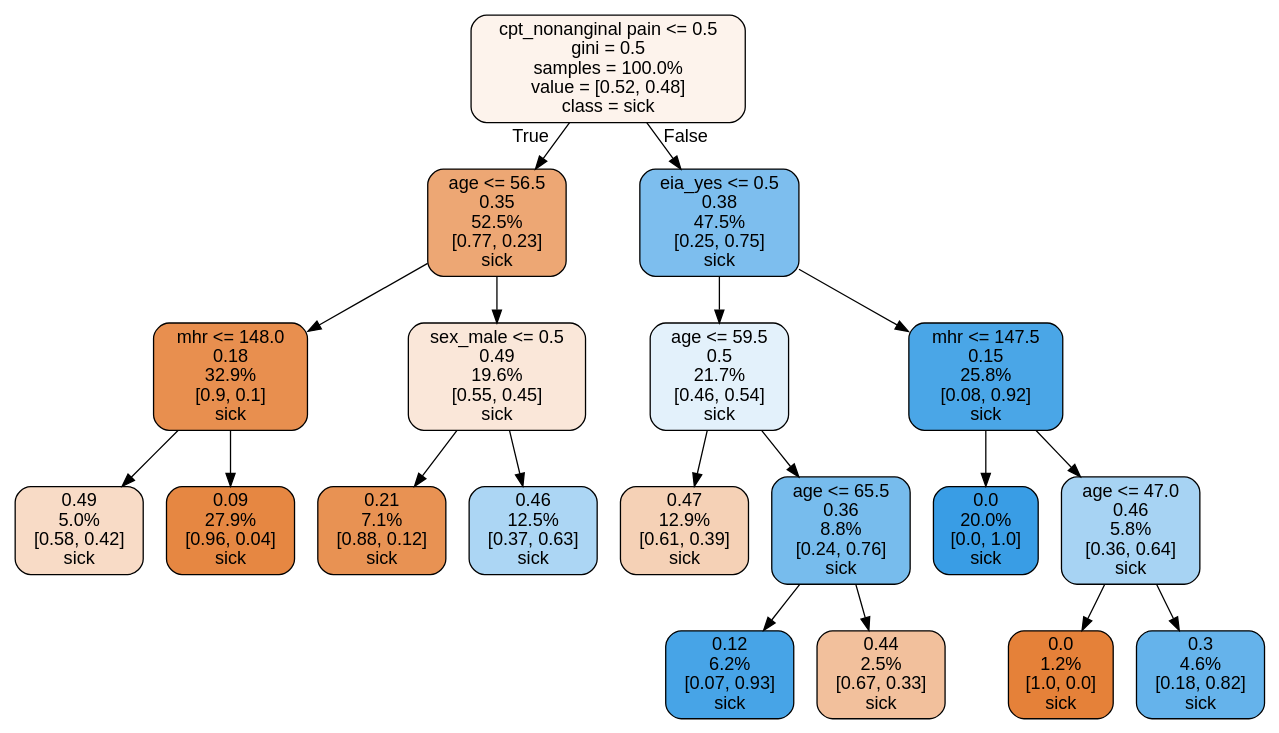
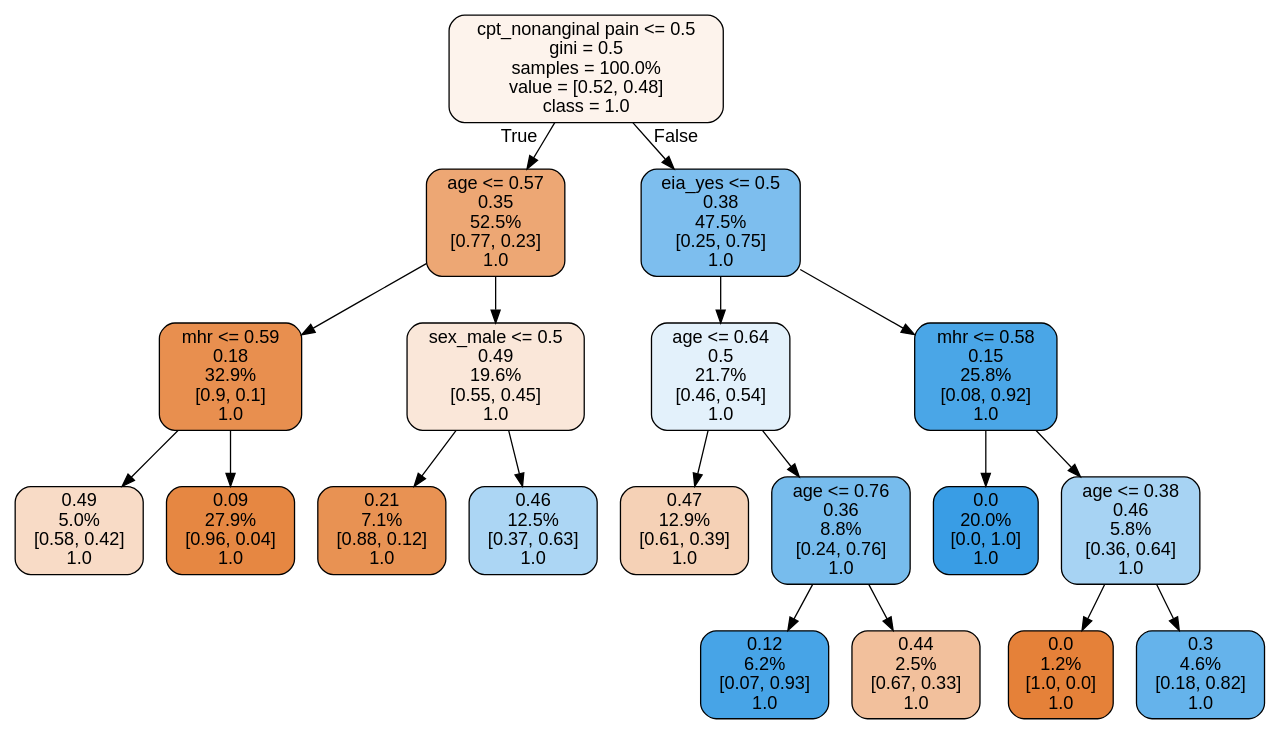
One commit to ma6068/SU changed the diagram in dot/decision_tree.dot. Above: the diagram before and after it, drawn with Graphviz. The commit also changed 65 other files, not shown here.

```diff
--- a/dot/decision_tree.dot
+++ b/dot/decision_tree.dot
@@ -1,41 +1,41 @@
 digraph Tree {
 node [shape=box, style="filled, rounded", color="black", fontname="helvetica"] ;
 edge [fontname="helvetica"] ;
-0 [label="cpt_nonanginal pain <= 0.5\ngini = 0.5\nsamples = 100.0%\nvalue = [0.52, 0.48]\nclass = sick", fillcolor="#fdf3ec"] ;
-1 [label="age <= 56.5\n0.35\n52.5%\n[0.77, 0.23]\nsick", fillcolor="#eda774"] ;
+0 [label="cpt_nonanginal pain <= 0.5\ngini = 0.5\nsamples = 100.0%\nvalue = [0.52, 0.48]\nclass = 1.0", fillcolor="#fdf3ec"] ;
+1 [label="age <= 0.57\n0.35\n52.5%\n[0.77, 0.23]\n1.0", fillcolor="#eda774"] ;
 0 -> 1 [labeldistance=2.5, labelangle=45, headlabel="True"] ;
-5 [label="mhr <= 148.0\n0.18\n32.9%\n[0.9, 0.1]\nsick", fillcolor="#e88f4f"] ;
+5 [label="mhr <= 0.59\n0.18\n32.9%\n[0.9, 0.1]\n1.0", fillcolor="#e88f4f"] ;
 1 -> 5 ;
-13 [label="0.49\n5.0%\n[0.58, 0.42]\nsick", fillcolor="#f8dbc6"] ;
+13 [label="0.49\n5.0%\n[0.58, 0.42]\n1.0", fillcolor="#f8dbc6"] ;
 5 -> 13 ;
-14 [label="0.09\n27.9%\n[0.96, 0.04]\nsick", fillcolor="#e68742"] ;
+14 [label="0.09\n27.9%\n[0.96, 0.04]\n1.0", fillcolor="#e68742"] ;
 5 -> 14 ;
-6 [label="sex_male <= 0.5\n0.49\n19.6%\n[0.55, 0.45]\nsick", fillcolor="#fae7d9"] ;
+6 [label="sex_male <= 0.5\n0.49\n19.6%\n[0.55, 0.45]\n1.0", fillcolor="#fae7d9"] ;
 1 -> 6 ;
-7 [label="0.21\n7.1%\n[0.88, 0.12]\nsick", fillcolor="#e89253"] ;
+7 [label="0.21\n7.1%\n[0.88, 0.12]\n1.0", fillcolor="#e89253"] ;
 6 -> 7 ;
-8 [label="0.46\n12.5%\n[0.37, 0.63]\nsick", fillcolor="#acd6f4"] ;
+8 [label="0.46\n12.5%\n[0.37, 0.63]\n1.0", fillcolor="#acd6f4"] ;
 6 -> 8 ;
-2 [label="eia_yes <= 0.5\n0.38\n47.5%\n[0.25, 0.75]\nsick", fillcolor="#7dbeee"] ;
+2 [label="eia_yes <= 0.5\n0.38\n47.5%\n[0.25, 0.75]\n1.0", fillcolor="#7dbeee"] ;
 0 -> 2 [labeldistance=2.5, labelangle=-45, headlabel="False"] ;
-3 [label="age <= 59.5\n0.5\n21.7%\n[0.46, 0.54]\nsick", fillcolor="#e3f1fb"] ;
+3 [label="age <= 0.64\n0.5\n21.7%\n[0.46, 0.54]\n1.0", fillcolor="#e3f1fb"] ;
 2 -> 3 ;
-9 [label="0.47\n12.9%\n[0.61, 0.39]\nsick", fillcolor="#f5d1b6"] ;
+9 [label="0.47\n12.9%\n[0.61, 0.39]\n1.0", fillcolor="#f5d1b6"] ;
 3 -> 9 ;
-10 [label="age <= 65.5\n0.36\n8.8%\n[0.24, 0.76]\nsick", fillcolor="#77bced"] ;
+10 [label="age <= 0.76\n0.36\n8.8%\n[0.24, 0.76]\n1.0", fillcolor="#77bced"] ;
 3 -> 10 ;
-11 [label="0.12\n6.2%\n[0.07, 0.93]\nsick", fillcolor="#47a4e7"] ;
+11 [label="0.12\n6.2%\n[0.07, 0.93]\n1.0", fillcolor="#47a4e7"] ;
 10 -> 11 ;
-12 [label="0.44\n2.5%\n[0.67, 0.33]\nsick", fillcolor="#f2c09c"] ;
+12 [label="0.44\n2.5%\n[0.67, 0.33]\n1.0", fillcolor="#f2c09c"] ;
 10 -> 12 ;
-4 [label="mhr <= 147.5\n0.15\n25.8%\n[0.08, 0.92]\nsick", fillcolor="#4aa6e7"] ;
+4 [label="mhr <= 0.58\n0.15\n25.8%\n[0.08, 0.92]\n1.0", fillcolor="#4aa6e7"] ;
 2 -> 4 ;
-15 [label="0.0\n20.0%\n[0.0, 1.0]\nsick", fillcolor="#399de5"] ;
+15 [label="0.0\n20.0%\n[0.0, 1.0]\n1.0", fillcolor="#399de5"] ;
 4 -> 15 ;
-16 [label="age <= 47.0\n0.46\n5.8%\n[0.36, 0.64]\nsick", fillcolor="#a7d3f3"] ;
+16 [label="age <= 0.38\n0.46\n5.8%\n[0.36, 0.64]\n1.0", fillcolor="#a7d3f3"] ;
 4 -> 16 ;
-17 [label="0.0\n1.2%\n[1.0, 0.0]\nsick", fillcolor="#e58139"] ;
+17 [label="0.0\n1.2%\n[1.0, 0.0]\n1.0", fillcolor="#e58139"] ;
 16 -> 17 ;
-18 [label="0.3\n4.6%\n[0.18, 0.82]\nsick", fillcolor="#65b3eb"] ;
+18 [label="0.3\n4.6%\n[0.18, 0.82]\n1.0", fillcolor="#65b3eb"] ;
 16 -> 18 ;
 }
```
